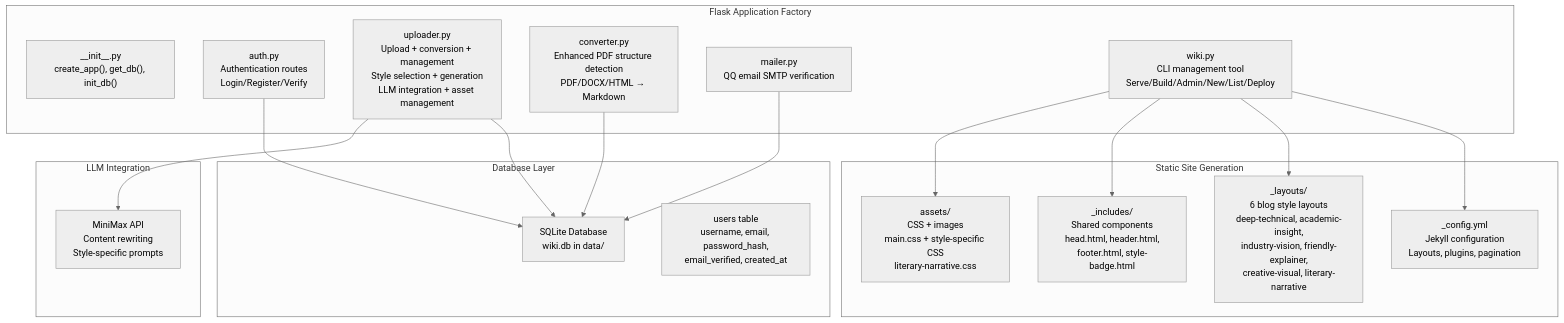
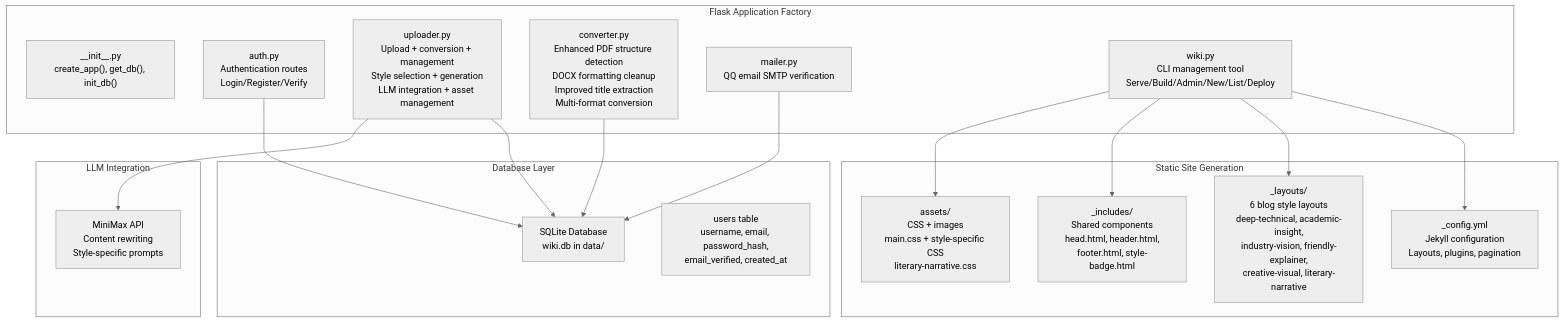
Before and after one commit to PolarisW007/PolaZhenJing: the first of 10 diagrams in .qoder/repowiki/en/content/Backend Application/Backend Application.md, drawn with Mermaid (neutral theme). The commit also changed other lines of this file and 7 other files, not shown here.

````diff
--- a/.qoder/repowiki/en/content/Backend Application/Backend Application.md
+++ b/.qoder/repowiki/en/content/Backend Application/Backend Application.md
@@ -49,33 +48,33 @@
 ```mermaid
 graph TB
 subgraph "Flask Application Factory"
 APP["__init__.py<br/>create_app(), get_db(), init_db()"]
 AUTH["auth.py<br/>Authentication routes<br/>Login/Register/Verify"]
 UP["uploader.py<br/>Upload + conversion + management<br/>Style selection + generation<br/>LLM integration + asset management"]
-CONV["converter.py<br/>Enhanced PDF structure detection<br/>PDF/DOCX/HTML → Markdown"]
+CONV["converter.py<br/>Enhanced PDF structure detection<br/>DOCX formatting cleanup<br/>Improved title extraction<br/>Multi-format conversion"]
 MAIL["mailer.py<br/>QQ email SMTP verification"]
 CLI["wiki.py<br/>CLI management tool<br/>Serve/Build/Admin/New/List/Deploy"]
 end
 subgraph "Database Layer"
 SQLITE["SQLite Database<br/>wiki.db in data/"]
 USERS["users table<br/>username, email, password_hash,<br/>email_verified, created_at"]
 end
 subgraph "Static Site Generation"
 JEKYLL["_config.yml<br/>Jekyll configuration<br/>Layouts, plugins, pagination"]
 LAYOUTS["_layouts/<br/>6 blog style layouts<br/>deep-technical, academic-insight,<br/>industry-vision, friendly-explainer,<br/>creative-visual, literary-narrative"]
 INCLUDES["_includes/<br/>Shared components<br/>head.html, header.html,<br/>footer.html, style-badge.html"]
 ASSETS["assets/<br/>CSS + images<br/>main.css + style-specific CSS<br/>literary-narrative.css"]
 end
 subgraph "LLM Integration"
 MINIMAX["MiniMax API<br/>Content rewriting<br/>Style-specific prompts"]
 end
 AUTH --> SQLITE
 UP --> SQLITE
 CONV --> SQLITE
 MAIL --> SQLITE
 CLI --> JEKYLL
 CLI --> LAYOUTS
 CLI --> INCLUDES
 CLI --> ASSETS
 UP --> MINIMAX
 ```
````
